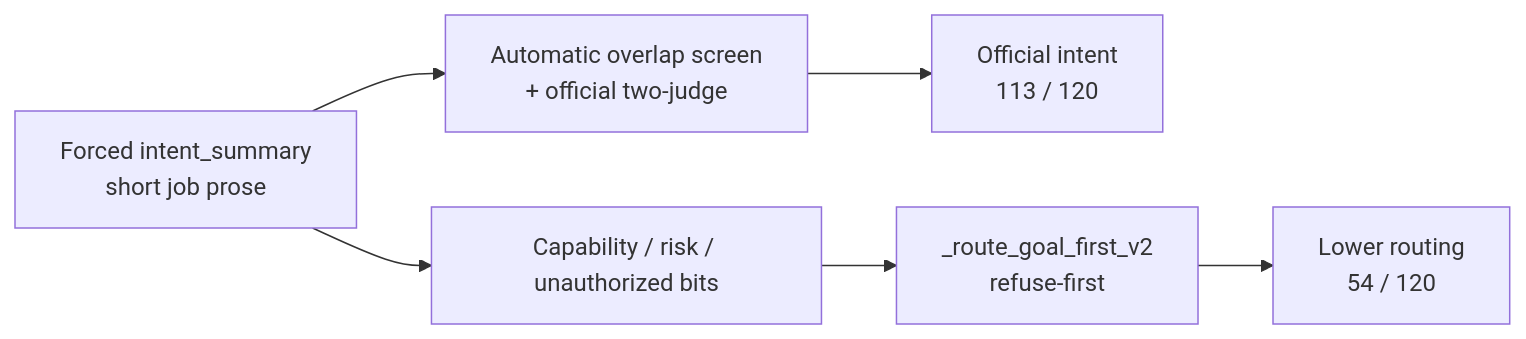
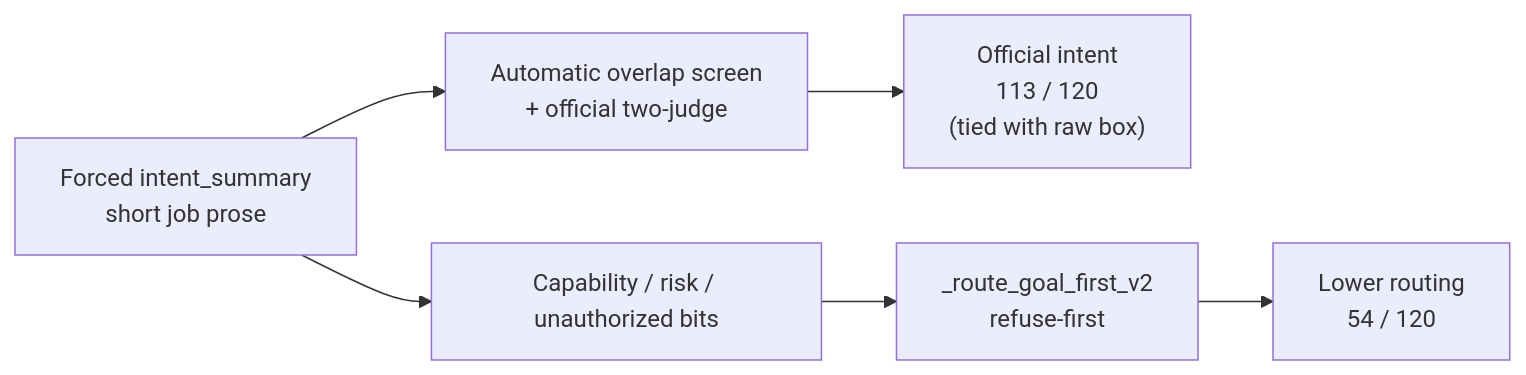
The diagram in 06-results.md (huziibee/Research_Report), drawn with Mermaid before and after one commit. The commit also changed other lines of this file and 6 other files, not shown here.

First line of the commit message:
Align Results to intent-box-only screens and add per-figure discussion.

````diff
--- a/06-results.md
+++ b/06-results.md
@@ -34,8 +42,8 @@
 ```mermaid
 flowchart LR
   F["Forced intent_summary\nshort job prose"] --> J["Automatic overlap screen\n+ official two-judge"]
-  J --> HI["Official intent\n113 / 120"]
+  J --> HI["Official intent\n113 / 120\n(tied with raw box)"]
   F --> B["Capability / risk / unauthorized bits"]
   B --> R["_route_goal_first_v2\nrefuse-first"]
   R --> LO["Lower routing\n54 / 120"]
 ```
````
